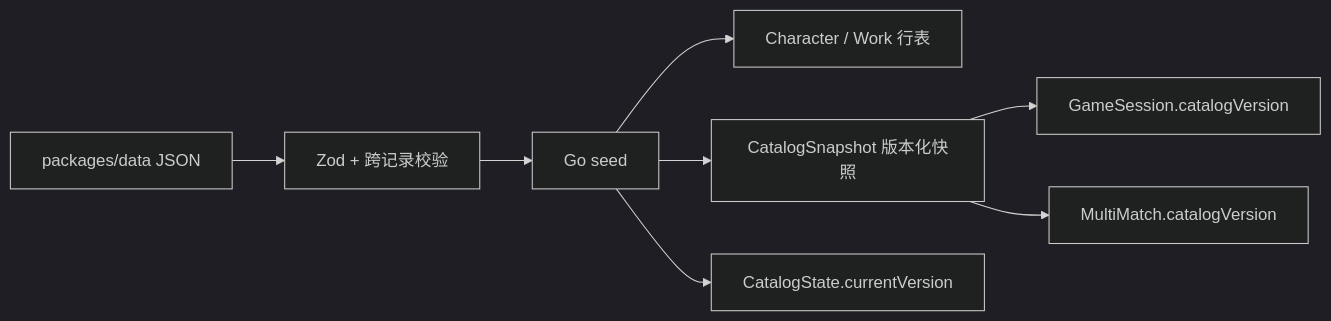
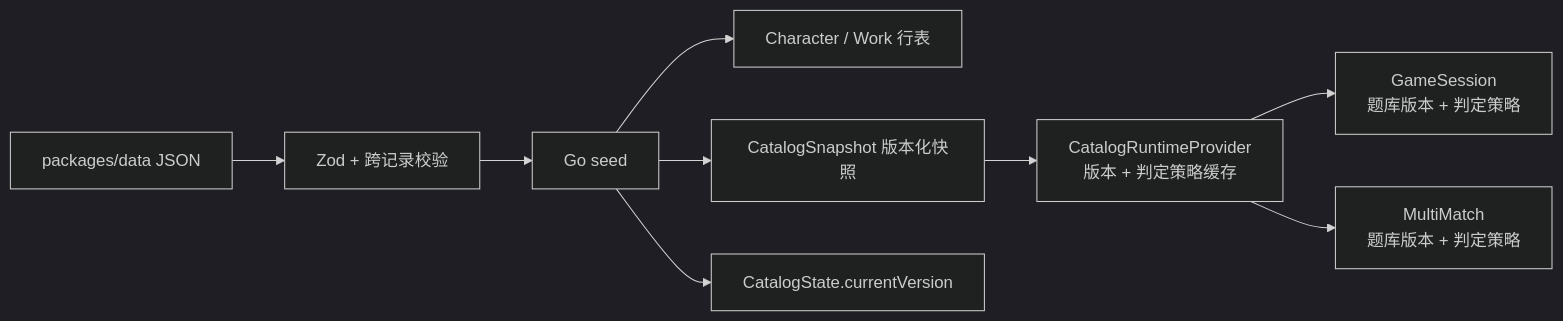
The fourth of 5 diagrams in docs/architecture.md (jachinzhang1/TouhouFlandre), drawn with Mermaid (dark theme) before and after one commit. The commit also changed other lines of this file and 4 other files, not shown here.

````diff
--- a/docs/architecture.md
+++ b/docs/architecture.md
@@ -98,10 +98,11 @@
 ```mermaid
 flowchart LR
     J[packages/data JSON] --> C[Zod + 跨记录校验]
     C --> S[Go seed]
     S --> R[Character / Work 行表]
     S --> V[CatalogSnapshot 版本化快照]
     S --> T[CatalogState.currentVersion]
-    V --> G[GameSession.catalogVersion]
-    V --> M[MultiMatch.catalogVersion]
+    V --> P[CatalogRuntimeProvider<br/>版本 + 判定策略缓存]
+    P --> G[GameSession<br/>题库版本 + 判定策略]
+    P --> M[MultiMatch<br/>题库版本 + 判定策略]
 ```
````
